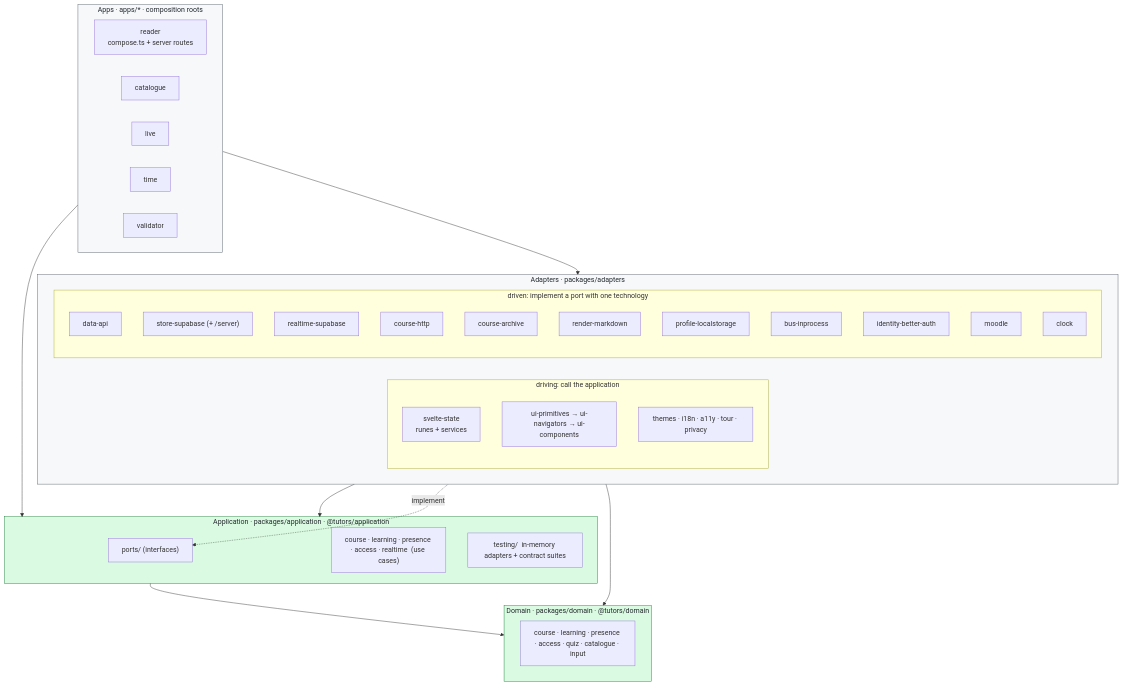
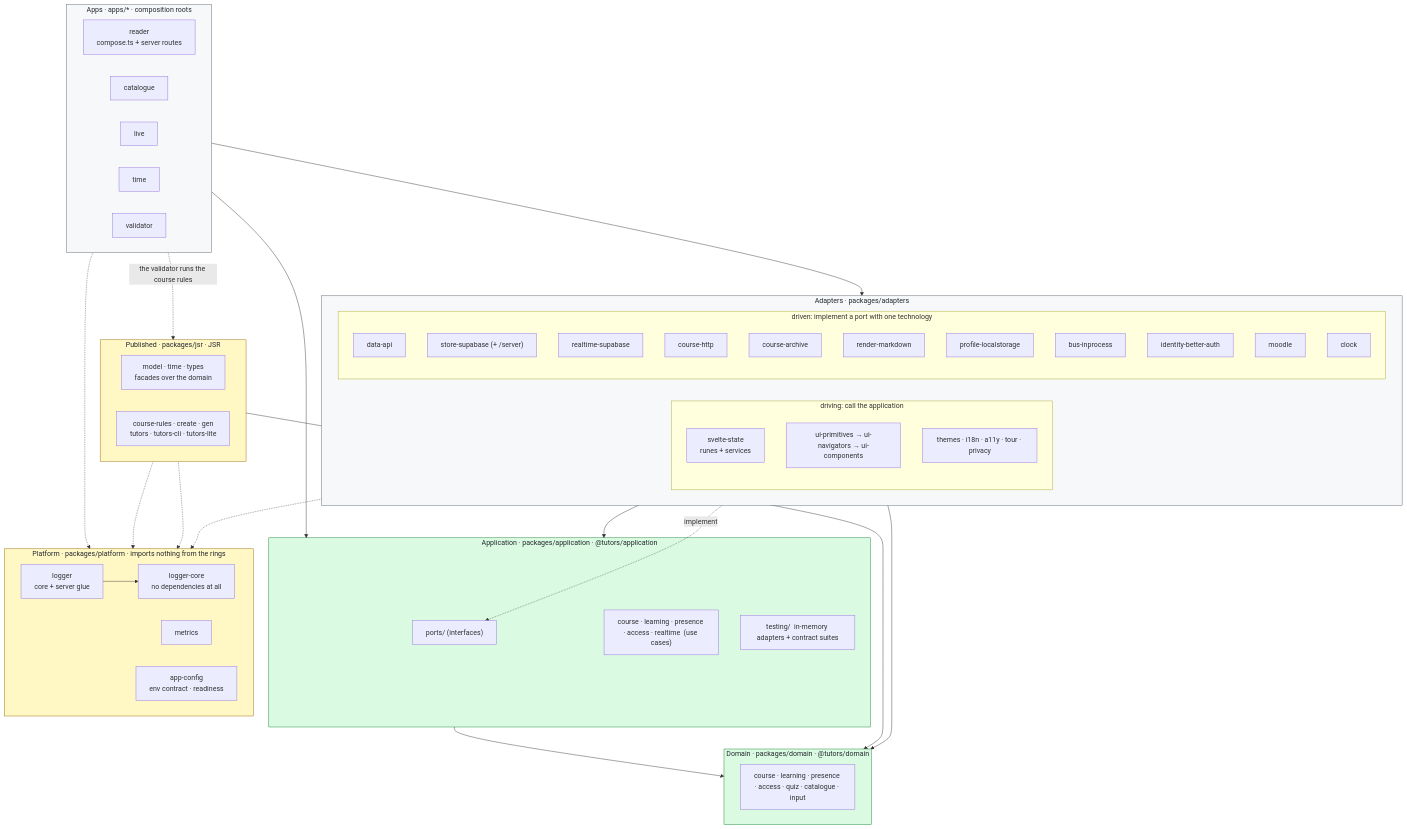
One commit to tutors-sdk/tutors-mono-repo changed the third of 16 diagrams in ARCHITECTURE.md. Above: the diagram before and after it, drawn with Mermaid. The commit also changed other lines of this file and 16 other files, not shown here.

First line of the commit message:
docs: a contributor guide per skill, rings and boundary diagrams

````diff
--- a/ARCHITECTURE.md
+++ b/ARCHITECTURE.md
@@ -136,55 +136,76 @@
 ```mermaid
 flowchart TB
   subgraph apps["Apps  ·  apps/*  ·  composition roots"]
     direction LR
     readerApp["reader<br/>compose.ts + server routes"]
     catalogueApp["catalogue"]
     liveApp["live"]
     timeApp["time"]
     validatorApp["validator"]
   end
 
   subgraph adapters["Adapters  ·  packages/adapters"]
     direction LR
     subgraph driving["driving: call the application"]
       svelteState["svelte-state<br/>runes + services"]
       ui["ui-primitives → ui-navigators → ui-components"]
       cross["themes · i18n · a11y · tour · privacy"]
     end
     subgraph driven["driven: implement a port with one technology"]
       dataApi["data-api"]
       storeSupabase["store-supabase (+ /server)"]
       realtimeSupabase["realtime-supabase"]
       courseHttp["course-http"]
       courseArchive["course-archive"]
       renderMarkdown["render-markdown"]
       profileLocal["profile-localstorage"]
       bus["bus-inprocess"]
       identity["identity-better-auth"]
       moodle["moodle"]
       clock["clock"]
     end
   end
 
   subgraph application["Application  ·  packages/application  ·  @tutors/application"]
     ports["ports/  (interfaces)"]
     useCases["course · learning · presence · access · realtime  (use cases)"]
     testing["testing/  in-memory adapters + contract suites"]
   end
 
   subgraph domain["Domain  ·  packages/domain  ·  @tutors/domain"]
     domainModules["course · learning · presence · access · quiz · catalogue · input"]
   end
 
+  subgraph platform["Platform  ·  packages/platform  ·  imports nothing from the rings"]
+    direction LR
+    loggerCore["logger-core<br/>no dependencies at all"]
+    logger["logger<br/>core + server glue"]
+    metrics["metrics"]
+    appConfig["app-config<br/>env contract · readiness"]
+    logger --> loggerCore
+  end
+
+  subgraph published["Published  ·  packages/jsr  ·  JSR"]
+    direction LR
+    facades["model · time · types<br/>facades over the domain"]
+    toolchain["course-rules · create · gen<br/>tutors · tutors-cli · tutors-lite"]
+  end
+
   apps --> adapters
   apps --> application
   driving --> application
   driven -. implement .-> ports
   driven --> domain
   application --> domain
+  apps & adapters -.-> platform
+  facades --> domain
+  facades & toolchain -.-> loggerCore
+  apps -. "the validator runs the course rules" .-> toolchain
 
   classDef ring fill:#f6f8fa,stroke:#57606a,color:#24292f
   classDef core fill:#dafbe1,stroke:#1a7f37,color:#24292f
+  classDef side fill:#fff8c5,stroke:#9a6700,color:#24292f
   class apps,adapters ring
   class application,domain core
+  class platform,published side
 ```
````
